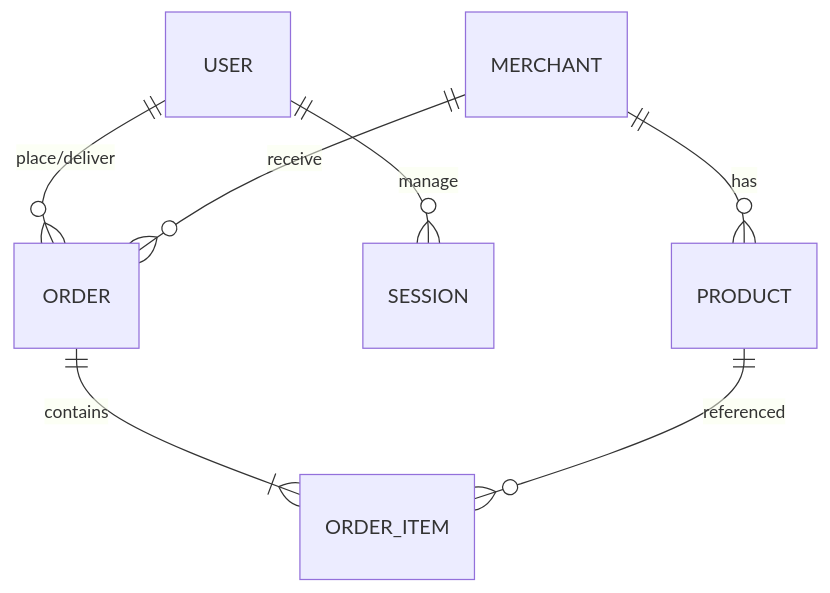
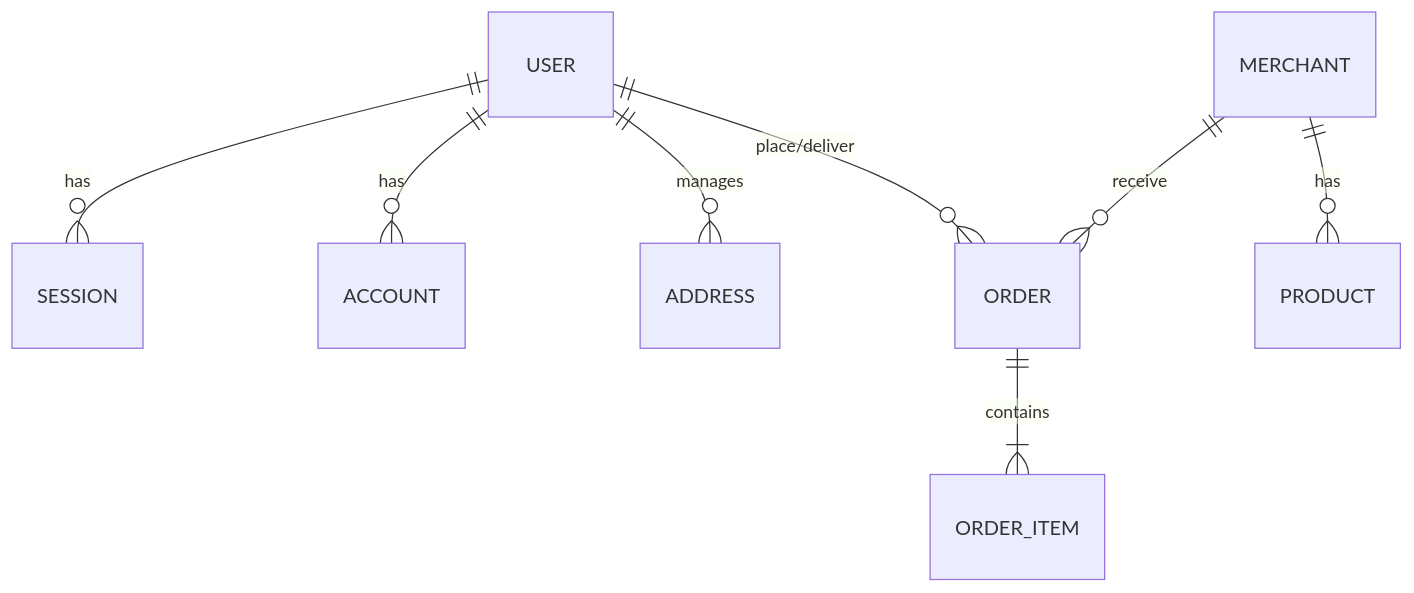
Before and after one commit to HenryYusuf/koncokirim-clone: the diagram in DATABASE_SCHEMA.md, drawn with Mermaid. The commit also changed other lines of this file and 4 other files, not shown here.

Commit message:
docs: update architecture, database schema, and profile management plan

````diff
--- a/DATABASE_SCHEMA.md
+++ b/DATABASE_SCHEMA.md
@@ -91,9 +114,10 @@
 ```mermaid
 erDiagram
+    USER ||--o{ SESSION : "has"
+    USER ||--o{ ACCOUNT : "has"
+    USER ||--o{ ADDRESS : "manages"
     USER ||--o{ ORDER : "place/deliver"
-    USER ||--o{ SESSION : "manage"
     MERCHANT ||--o{ PRODUCT : "has"
     MERCHANT ||--o{ ORDER : "receive"
     ORDER ||--|{ ORDER_ITEM : "contains"
-    PRODUCT ||--o{ ORDER_ITEM : "referenced"
 ```
````
